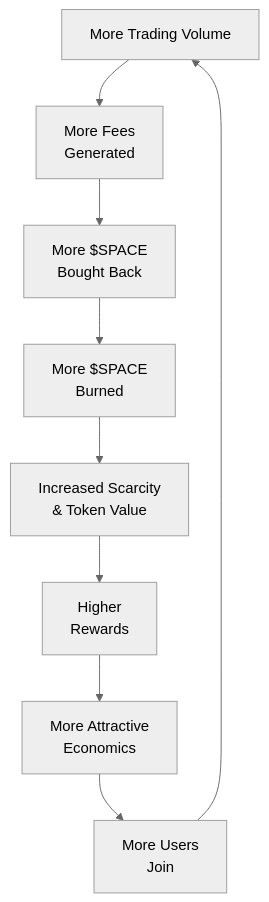
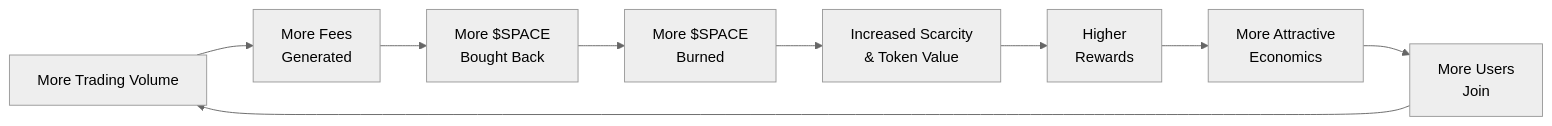
The diagram in doc/space/flywheel-mechanism.mdx (intodotspace/docs), drawn with Mermaid (neutral theme) before and after one commit.

Commit message:
Documentation edits made through Mintlify web editor

````diff
--- a/doc/space/flywheel-mechanism.mdx
+++ b/doc/space/flywheel-mechanism.mdx
@@ -27,11 +27,11 @@
 ```mermaid
-graph TD
+graph LR
     A["More Trading<br/>Volume"] --> B["More Fees<br/>Generated"]
     B --> C["More $SPACE<br/>Bought Back"]
     C --> D["More $SPACE<br/>Burned"]
     D --> E["Increased Scarcity<br/>& Token Value"]
     E --> F["Higher<br/>Rewards"]
     F --> G["More Attractive<br/>Economics"]
     G --> H["More Users<br/>Join"]
     H --> A["More Trading Volume"]
 ```
````
